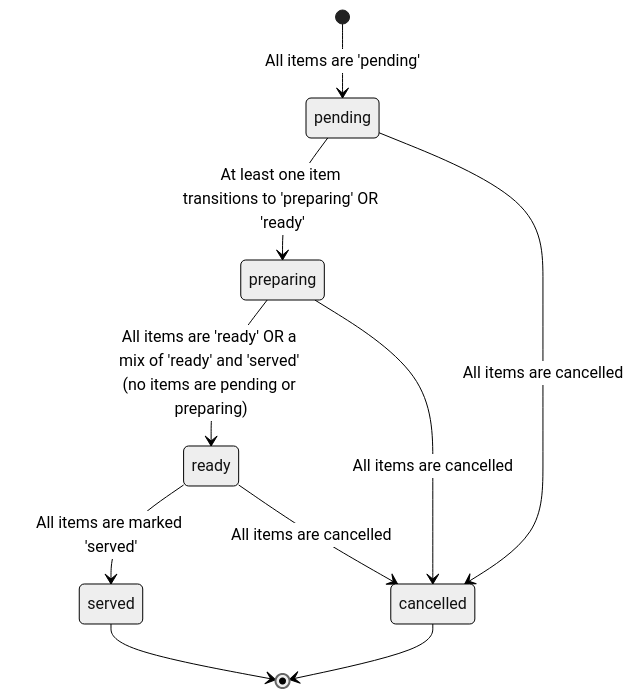
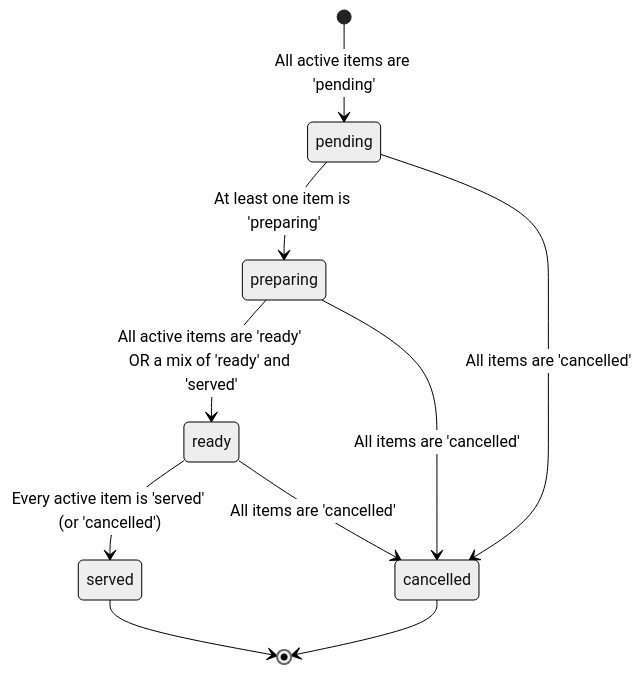
Before and after one commit to Bedant1424/OrderRAIL: the second of 2 diagrams in sprint_u3a_report.md, drawn with Mermaid (neutral theme). The commit also changed other lines of this file, not shown here.

Commit message:
docs: update kitchen intelligence architecture report based on final review decisions

````diff
--- a/sprint_u3a_report.md
+++ b/sprint_u3a_report.md
@@ -130,17 +174,14 @@
 ```mermaid
 stateDiagram-v2
-    [*] --> pending : All items are 'pending'
+    [*] --> pending : All active items are 'pending'
+    pending --> preparing : At least one item is 'preparing'
+    preparing --> ready : All active items are 'ready' OR a mix of 'ready' and 'served'
+    ready --> served : Every active item is 'served' (or 'cancelled')
     
-    pending --> preparing : At least one item transitions to 'preparing' OR 'ready'
-    
-    preparing --> ready : All items are 'ready' OR a mix of 'ready' and 'served' (no items are pending or preparing)
-    
-    ready --> served : All items are marked 'served'
-    
-    pending --> cancelled : All items are cancelled
-    preparing --> cancelled : All items are cancelled
-    ready --> cancelled : All items are cancelled
+    pending --> cancelled : All items are 'cancelled'
+    preparing --> cancelled : All items are 'cancelled'
+    ready --> cancelled : All items are 'cancelled'
     
     served --> [*]
     cancelled --> [*]
 ```
````
